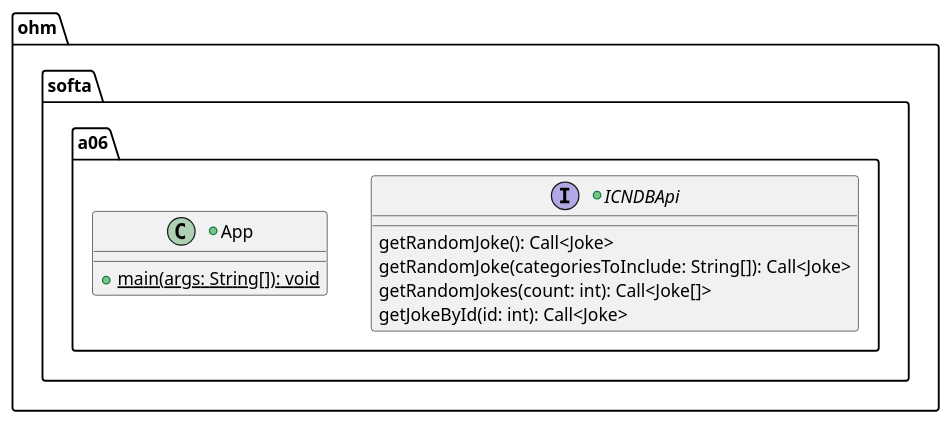
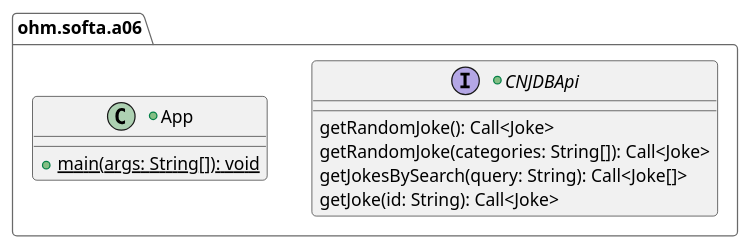
Before and after one commit to studium-nicog/softa-06-annotations-reflection: the diagram in assets/uml/retrofit-spec.plantuml, drawn with PlantUML. The commit also changed 6 other files, not shown here.

```diff
--- a/assets/uml/retrofit-spec.plantuml
+++ b/assets/uml/retrofit-spec.plantuml
@@ -1,17 +1,16 @@
-@startuml RetrofitAdapter
+@startuml
+!theme vibrant
+package ohm.softa.a06 as P1 {
 
-package ohm.softa.a06 {
-
-    +interface ICNDBApi {
+    +interface CNJDBApi {
         getRandomJoke(): Call<Joke>
-        getRandomJoke(categoriesToInclude: String[]): Call<Joke>
-        getRandomJokes(count: int): Call<Joke[]>
-        getJokeById(id: int): Call<Joke>
+        getRandomJoke(categories: String[]): Call<Joke>
+        getJokesBySearch(query: String): Call<Joke[]>
+        getJoke(id: String): Call<Joke>
     }
 
     +class App {
         +{static} main(args: String[]): void
     }
 }
-
 @enduml
```
